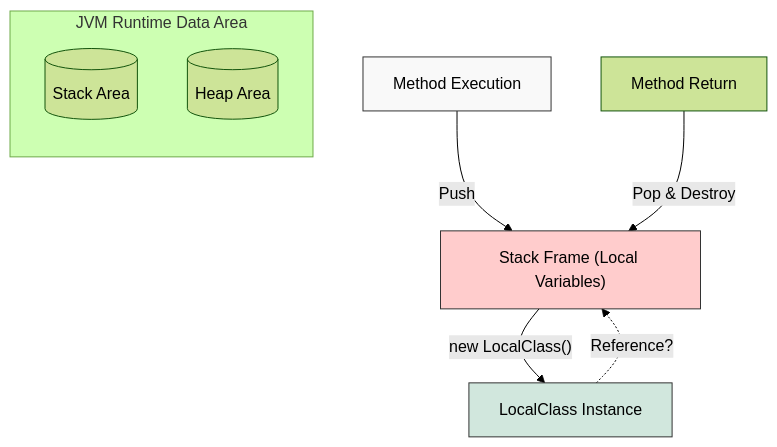
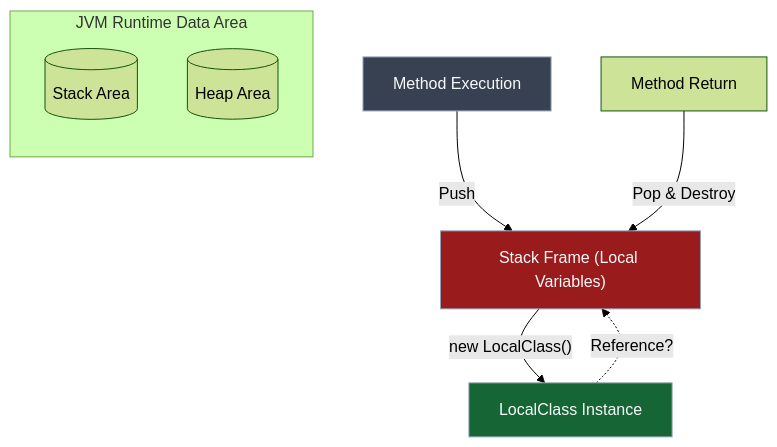
The diagram in _posts/java/10-내부_클래스,익명_객체,패키지/2026-01-28-지역-클래스.md (Kang-Hyesung/kang-hyesung.github.io), drawn with Mermaid (forest theme) before and after one commit. The commit also changed 74 other files, not shown here.

Commit message:
docs: update post visibility and mermaid colors

````diff
--- a/_posts/java/10-내부_클래스,익명_객체,패키지/2026-01-28-지역-클래스.md
+++ b/_posts/java/10-내부_클래스,익명_객체,패키지/2026-01-28-지역-클래스.md
@@ -26,21 +26,21 @@
 ```mermaid
 graph TD
     %% subgraph 식별자 ["화면에 표시될 이름"] 형태가 가장 안전합니다.
     subgraph JVM ["JVM Runtime Data Area"]
         direction TB
         S[("Stack Area")]
         H[("Heap Area")]
     end
 
     Method["Method Execution"] -->|Push| Frame["Stack Frame (Local Variables)"]
     Frame -->|"new LocalClass()"| Instance["LocalClass Instance"]
     
     Instance -.->|"Reference?"| Frame
 
     Event["Method Return"] -->|"Pop & Destroy"| Frame
     
-    style Frame fill:#ffcccc,stroke:#333
-    style Instance fill:#d1e7dd,stroke:#333
-    style Method fill:#f9f9f9,stroke:#333
+    style Frame fill:#991b1b,stroke:#94a3b8,color:#f8fafc
+    style Instance fill:#166534,stroke:#94a3b8,color:#f8fafc
+    style Method fill:#374151,stroke:#94a3b8,color:#f8fafc
 
 ```
````
